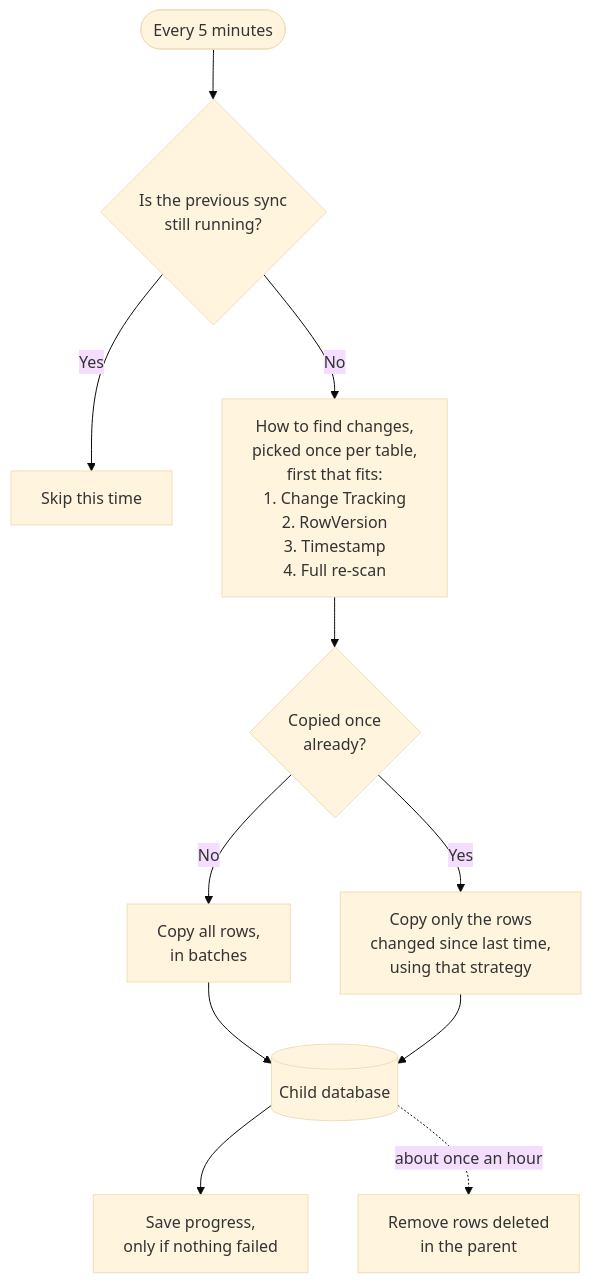
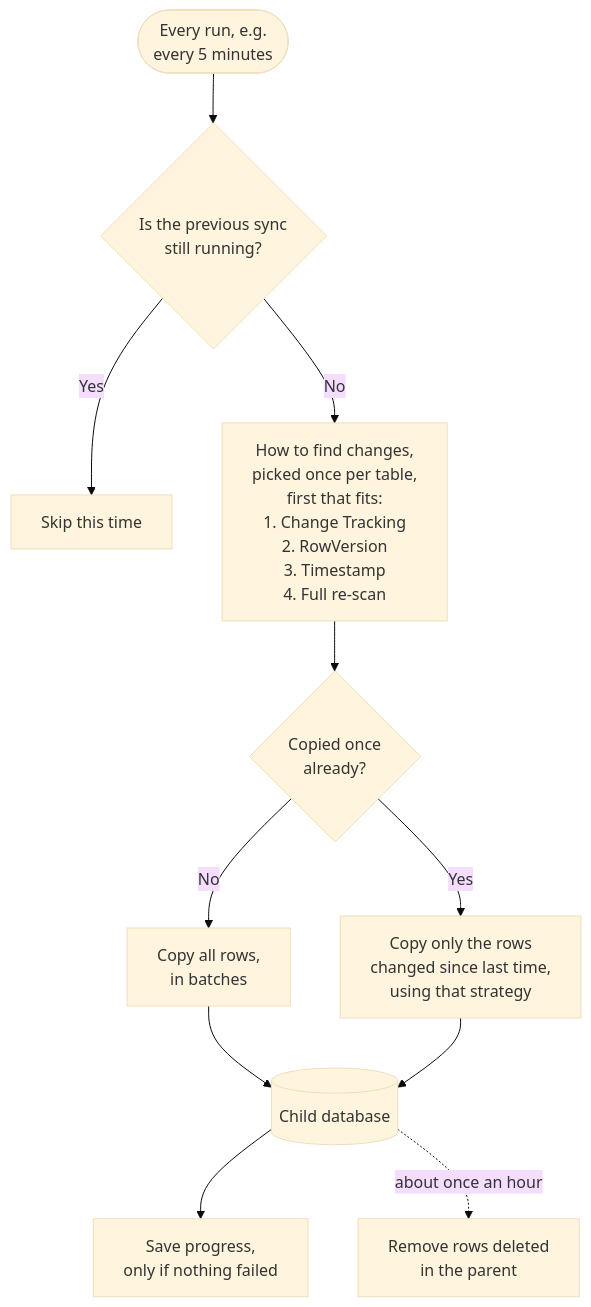
One commit to Sidorus/SmartTableSync changed the second of 2 diagrams in README.md. Above: the diagram before and after it, drawn with Mermaid (base theme). The commit also changed other lines of this file and 3 other files, not shown here.

````diff
--- a/README.md
+++ b/README.md
@@ -69,13 +84,13 @@
 ```mermaid
 flowchart TD
-    Start(["Every 5 minutes"]) --> Busy{"Is the previous sync<br/>still running?"}
+    Start(["Every run, e.g.<br/>every 5 minutes"]) --> Busy{"Is the previous sync<br/>still running?"}
     Busy -- Yes --> Skip["Skip this time"]
     Busy -- No --> Strategy["How to find changes,<br/>picked once per table,<br/>first that fits:<br/>1. Change Tracking<br/>2. RowVersion<br/>3. Timestamp<br/>4. Full re-scan"]
     Strategy --> Copied{"Copied once<br/>already?"}
     Copied -- No --> First["Copy all rows,<br/>in batches"]
     Copied -- Yes --> Changes["Copy only the rows<br/>changed since last time,<br/>using that strategy"]
     First --> Child[("Child database")]
     Changes --> Child
     Child --> Progress["Save progress,<br/>only if nothing failed"]
     Child -. "about once an hour" .-> Deletes["Remove rows deleted<br/>in the parent"]
 ```
````
